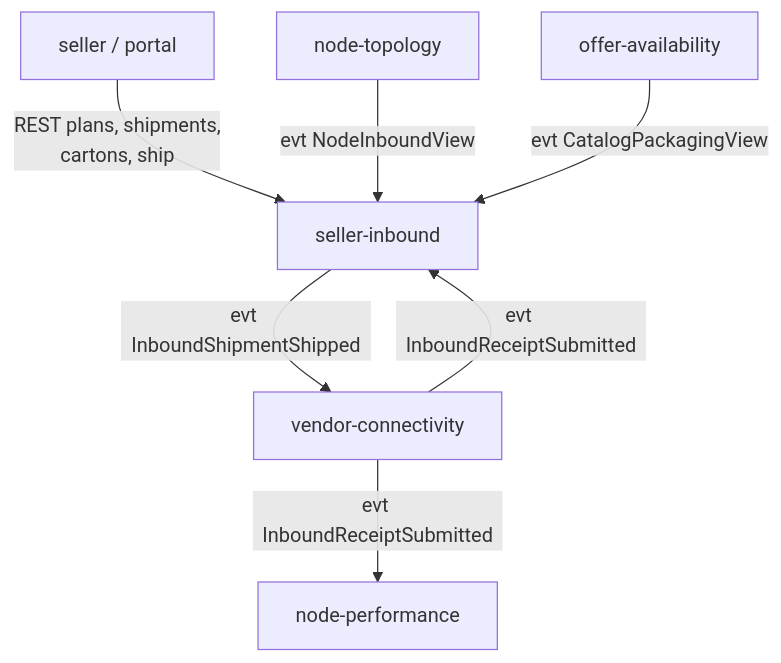
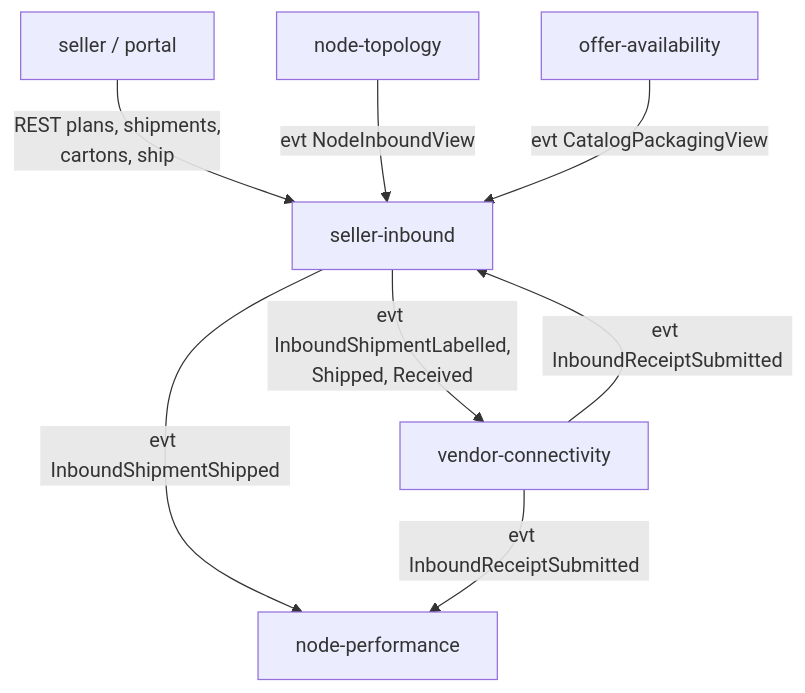
One commit to IQVO/warehouse-docs changed the diagram in network/docs/contexts/seller-inbound/bounded-context-canvas.md. Above: the diagram before and after it, drawn with Mermaid. The commit also changed other lines of this file and 23 other files, not shown here.

Commit message:
docs(network): align seller-inbound pages, ADR 0009, gaps and Vendor API schema with contracts section 10

````diff
--- a/network/docs/contexts/seller-inbound/bounded-context-canvas.md
+++ b/network/docs/contexts/seller-inbound/bounded-context-canvas.md
@@ -16,15 +16,16 @@
 ```mermaid
 flowchart TB
     SEL["seller / portal"]
     NT["node-topology"]
     OA["offer-availability"]
     SI["seller-inbound"]
     VC["vendor-connectivity"]
     NP["node-performance"]
     SEL -->|"REST plans, shipments,<br/>cartons, ship"| SI
     NT -->|"evt NodeInboundView"| SI
     OA -->|"evt CatalogPackagingView"| SI
     VC -->|"evt InboundReceiptSubmitted"| SI
-    SI -->|"evt InboundShipmentShipped"| VC
+    SI -->|"evt InboundShipmentLabelled,<br/>Shipped, Received"| VC
+    SI -->|"evt InboundShipmentShipped"| NP
     VC -->|"evt InboundReceiptSubmitted"| NP
 ```
````
